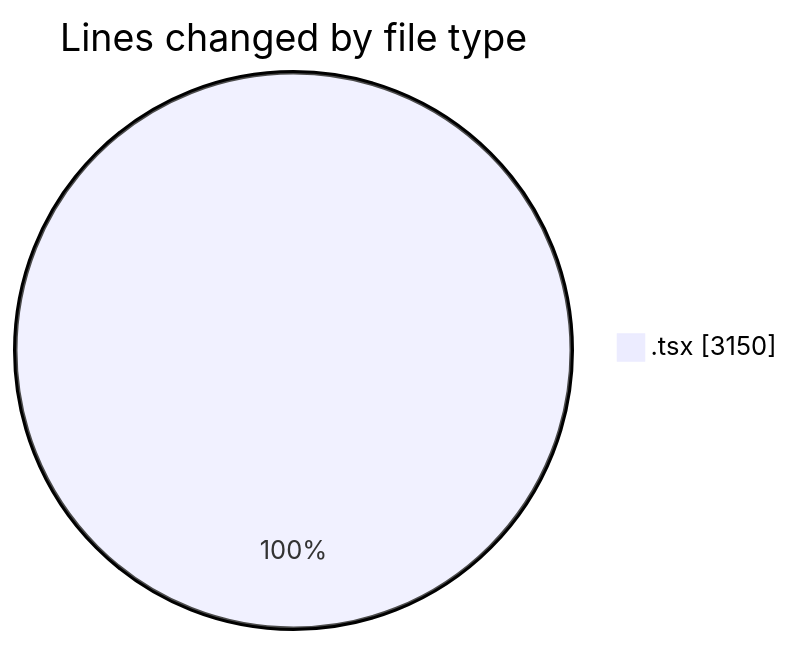
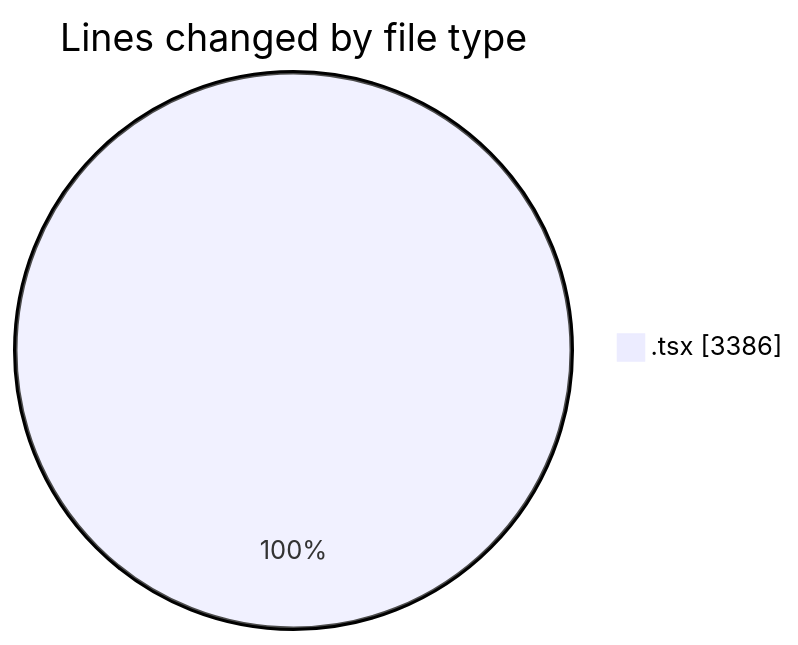
The first of 2 diagrams in 2025-06-20/archive/README.md (JenPaints/code-tracking), drawn with Mermaid before and after one commit. The commit also changed other lines of this file and 1 other file, not shown here.

````diff
--- a/2025-06-20/archive/README.md
+++ b/2025-06-20/archive/README.md
@@ -28,5 +29,5 @@
 ```mermaid
 pie showData
 title Lines changed by file type
-".tsx" : 3150
+".tsx" : 3386
 ```
````
